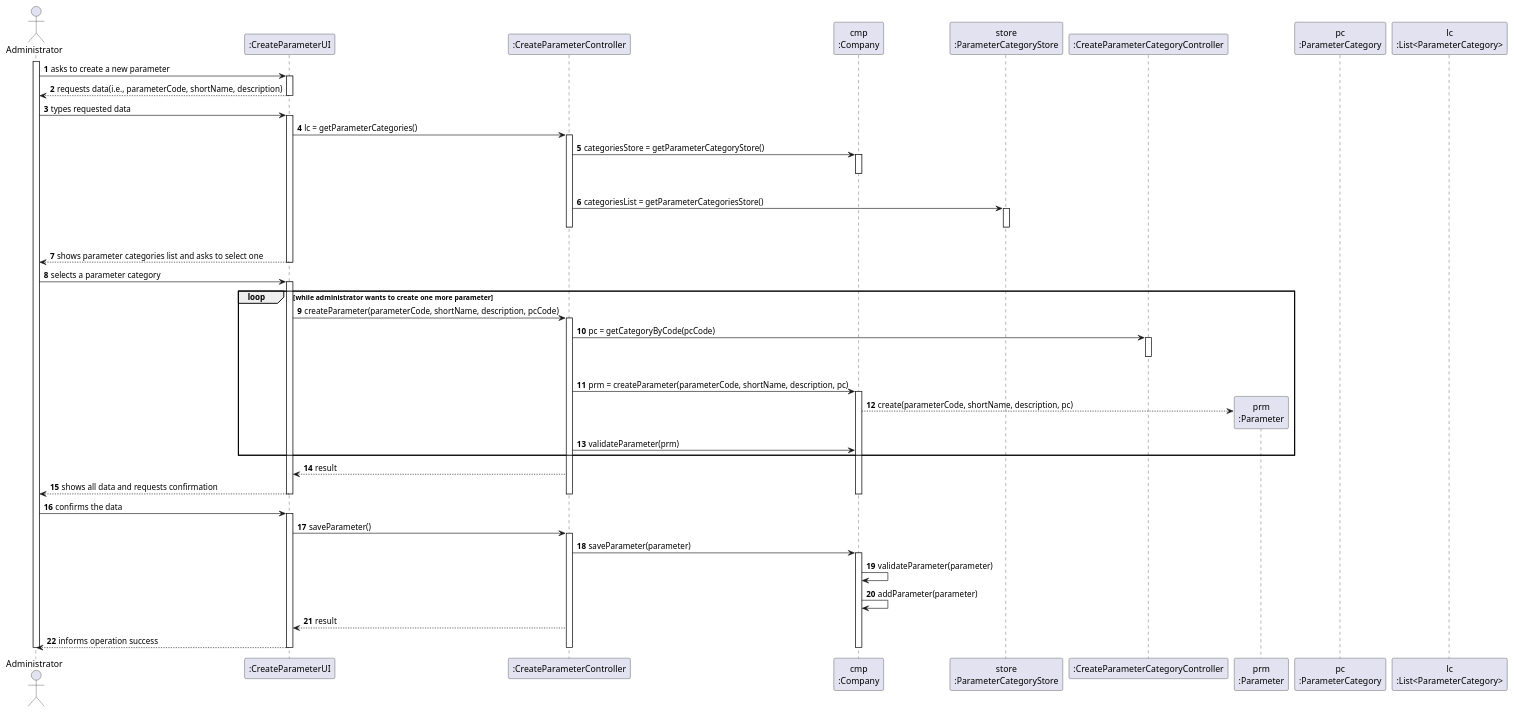
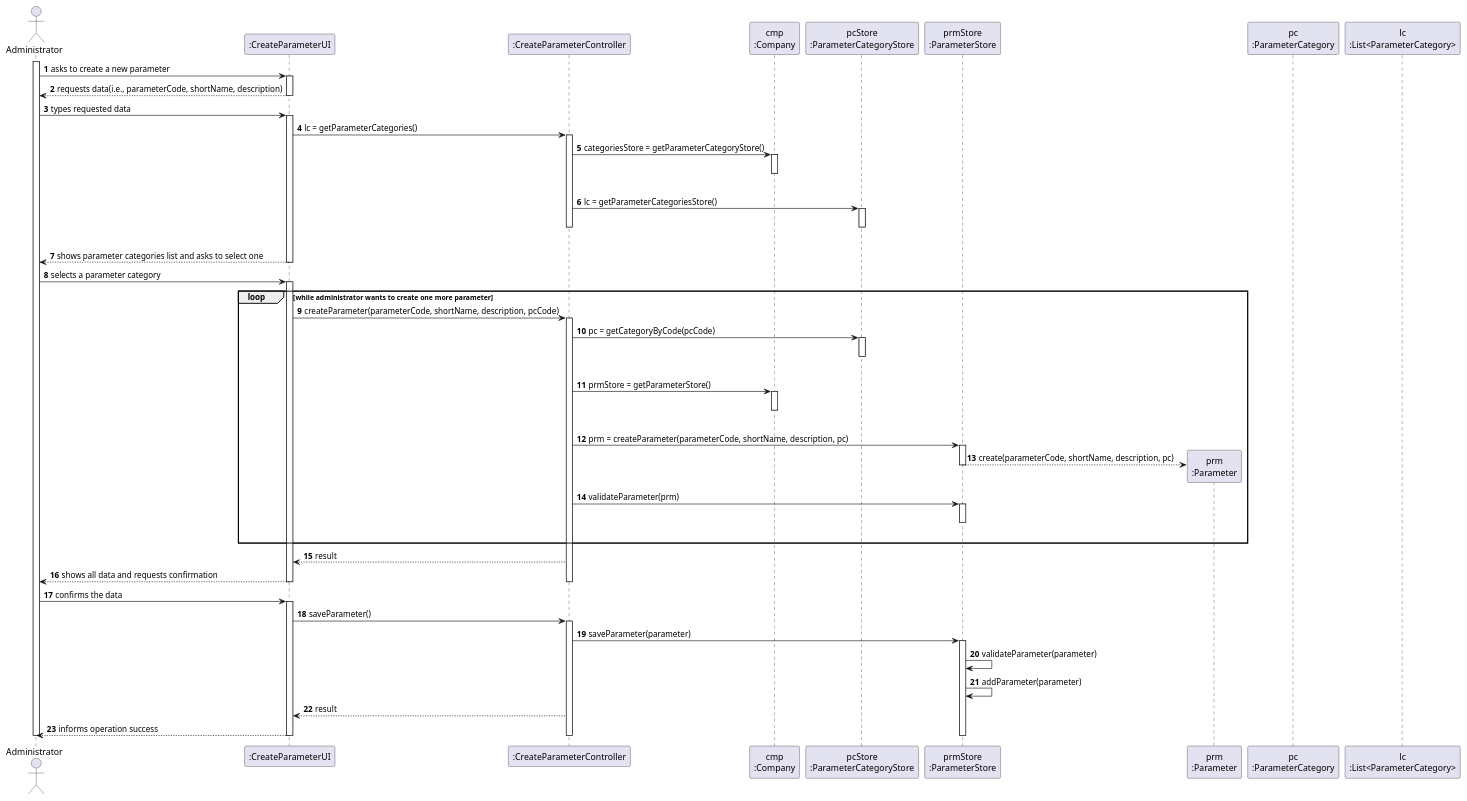
One commit to ana-albergaria/LAPR2-ISEP changed the diagram in docs/SprintB/US_10/US10_SD.puml. Above: the diagram before and after it, drawn with PlantUML. The commit also changed 7 other files, not shown here.

```diff
--- a/docs/SprintB/US_10/US10_SD.puml
+++ b/docs/SprintB/US_10/US10_SD.puml
@@ -1,88 +1,95 @@
 @startuml
 autonumber
 'hide footbox
 actor "Administrator" as ADM
 
 participant ":CreateParameterUI" as UI
 participant ":CreateParameterController" as CTRL
 participant "cmp\n:Company" as CMP
-participant "store\n:ParameterCategoryStore" as STORE
-participant ":CreateParameterCategoryController" as PCCTRL
+participant "pcStore\n:ParameterCategoryStore" as PCSTORE
+participant "prmStore\n:ParameterStore" as PRMSTORE
 participant "prm\n:Parameter" as PRM
 participant "pc\n:ParameterCategory" as PC
 participant "lc\n:List<ParameterCategory>" as LIST_CAT
 
 activate ADM
 ADM -> UI : asks to create a new parameter
 activate UI
 UI --> ADM : requests data(i.e., parameterCode, shortName, description)
 deactivate UI
 
 ADM -> UI : types requested data
 activate UI
 
 UI -> CTRL : lc = getParameterCategories()
 activate CTRL
 
 CTRL -> CMP : categoriesStore = getParameterCategoryStore()
 activate CMP
 |||
 deactivate CMP
-CTRL -> STORE : categoriesList = getParameterCategoriesStore()
-activate STORE
+CTRL -> PCSTORE : lc = getParameterCategoriesStore()
+activate PCSTORE
 |||
-deactivate STORE
+deactivate PCSTORE
 deactivate CTRL
 
 UI --> ADM : shows parameter categories list and asks to select one
 deactivate CMP
 deactivate UI
 
 ADM -> UI : selects a parameter category
 activate UI
 
 loop while administrator wants to create one more parameter
 UI -> CTRL : createParameter(parameterCode, shortName, description, pcCode)
 activate CTRL
 
-CTRL -> PCCTRL : pc = getCategoryByCode(pcCode)
-activate PCCTRL
+CTRL -> PCSTORE : pc = getCategoryByCode(pcCode)
+activate PCSTORE
 |||
-deactivate PCCTRL
+deactivate PCSTORE
 
-CTRL -> CMP: prm = createParameter(parameterCode, shortName, description, pc)
+CTRL -> CMP: prmStore = getParameterStore()
 activate CMP
+|||
+deactivate CMP
+CTRL -> PRMSTORE: prm = createParameter(parameterCode, shortName, description, pc)
+activate PRMSTORE
 
-CMP --> PRM**: create(parameterCode, shortName, description, pc)
-CTRL -> CMP: validateParameter(prm)
+PRMSTORE --> PRM**: create(parameterCode, shortName, description, pc)
+deactivate PRMSTORE
+CTRL -> PRMSTORE: validateParameter(prm)
+activate PRMSTORE
+|||
+deactivate PRMSTORE
 end
 
 
 CTRL --> UI: result
 
 UI --> ADM: shows all data and requests confirmation
-deactivate CMP
 deactivate CTRL
 deactivate UI
 
 ADM -> UI : confirms the data
 activate UI
 UI -> CTRL : saveParameter()
 activate CTRL
 
-CTRL -> CMP : saveParameter(parameter)
-activate CMP
+CTRL -> PRMSTORE : saveParameter(parameter)
+activate PRMSTORE
 
-CMP -> CMP: validateParameter(parameter)
-CMP -> CMP: addParameter(parameter)
+PRMSTORE -> PRMSTORE: validateParameter(parameter)
+PRMSTORE -> PRMSTORE: addParameter(parameter)
 
 CTRL --> UI: result
 
 UI --> ADM : informs operation success
-deactivate CMP
+deactivate PRMSTORE
 deactivate CTRL
 deactivate UI
 
 deactivate ADM
 
 @enduml
```
